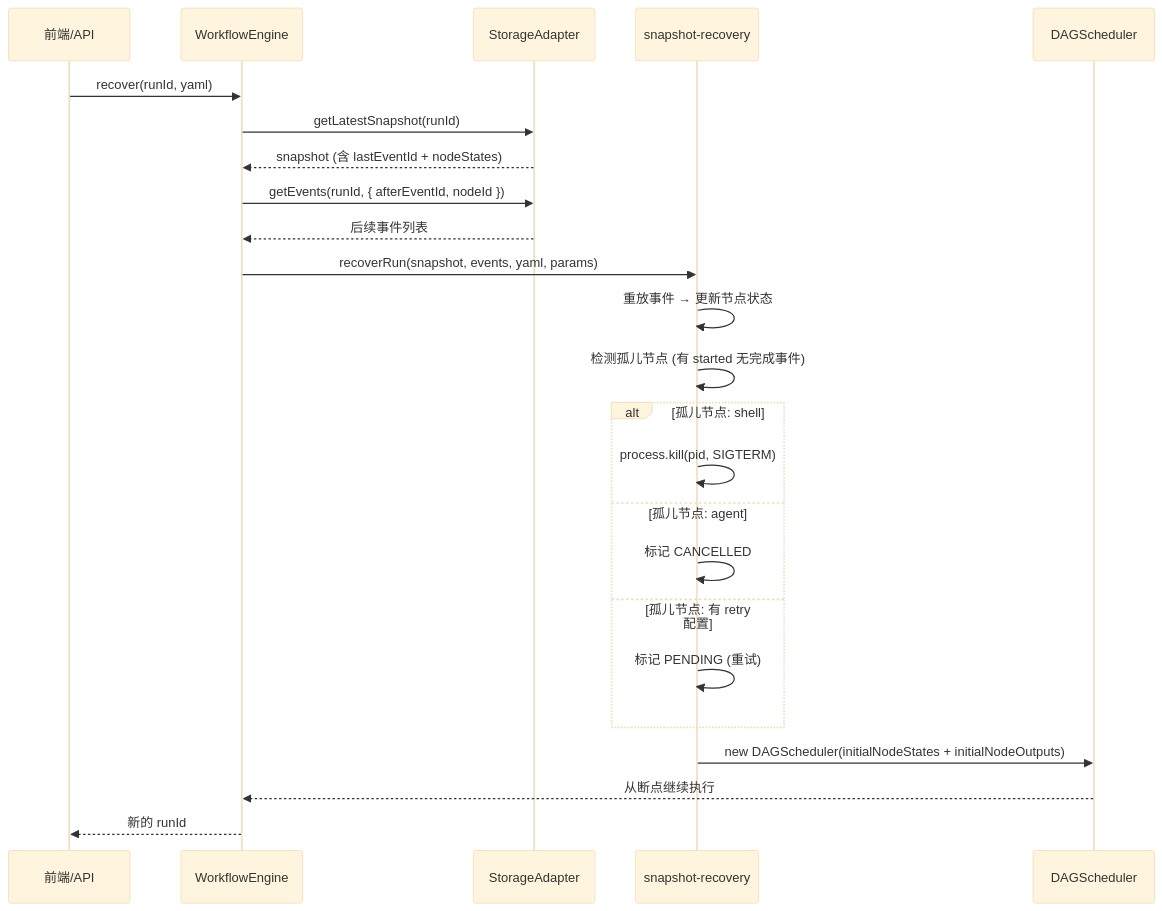
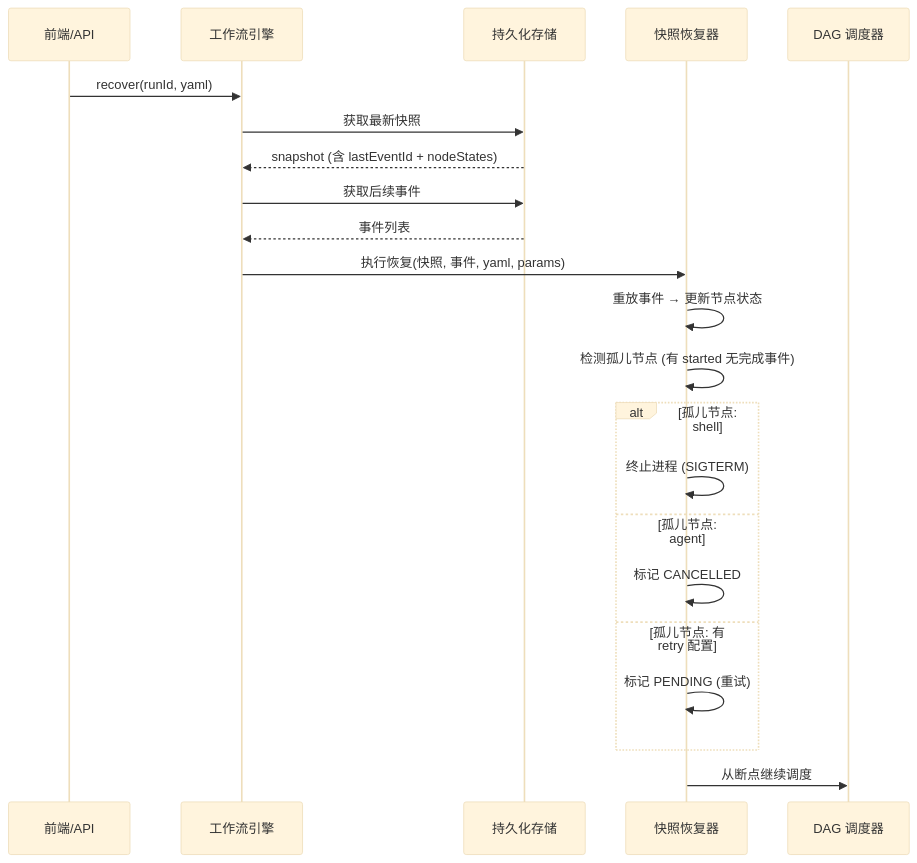
One commit to HuangPuStar/FenixAgent changed the tenth of 11 diagrams in docs/developer/arch/workflow-architecture.md. Above: the diagram before and after it, drawn with Mermaid (base theme). The commit also changed other lines of this file, not shown here.

````diff
--- a/docs/developer/arch/workflow-architecture.md
+++ b/docs/developer/arch/workflow-architecture.md
@@ -368,27 +578,25 @@
 ```mermaid
 sequenceDiagram
     participant Client as 前端/API
-    participant Engine as WorkflowEngine
-    participant Storage as StorageAdapter
-    participant Recovery as snapshot-recovery
-    participant Scheduler as DAGScheduler
+    participant Engine as 工作流引擎
+    participant Storage as 持久化存储
+    participant Recovery as 快照恢复器
+    participant Scheduler as DAG 调度器
 
     Client->>Engine: recover(runId, yaml)
-    Engine->>Storage: getLatestSnapshot(runId)
+    Engine->>Storage: 获取最新快照
     Storage-->>Engine: snapshot (含 lastEventId + nodeStates)
-    Engine->>Storage: getEvents(runId, { afterEventId, nodeId })
-    Storage-->>Engine: 后续事件列表
-    Engine->>Recovery: recoverRun(snapshot, events, yaml, params)
+    Engine->>Storage: 获取后续事件
+    Storage-->>Engine: 事件列表
+    Engine->>Recovery: 执行恢复(快照, 事件, yaml, params)
     Recovery->>Recovery: 重放事件 → 更新节点状态
     Recovery->>Recovery: 检测孤儿节点 (有 started 无完成事件)
     alt 孤儿节点: shell
-        Recovery->>Recovery: process.kill(pid, SIGTERM)
+        Recovery->>Recovery: 终止进程 (SIGTERM)
     else 孤儿节点: agent
         Recovery->>Recovery: 标记 CANCELLED
     else 孤儿节点: 有 retry 配置
         Recovery->>Recovery: 标记 PENDING (重试)
     end
-    Recovery->>Scheduler: new DAGScheduler(initialNodeStates + initialNodeOutputs)
-    Scheduler-->>Engine: 从断点继续执行
-    Engine-->>Client: 新的 runId
+    Recovery->>Scheduler: 从断点继续调度
 ```
````
